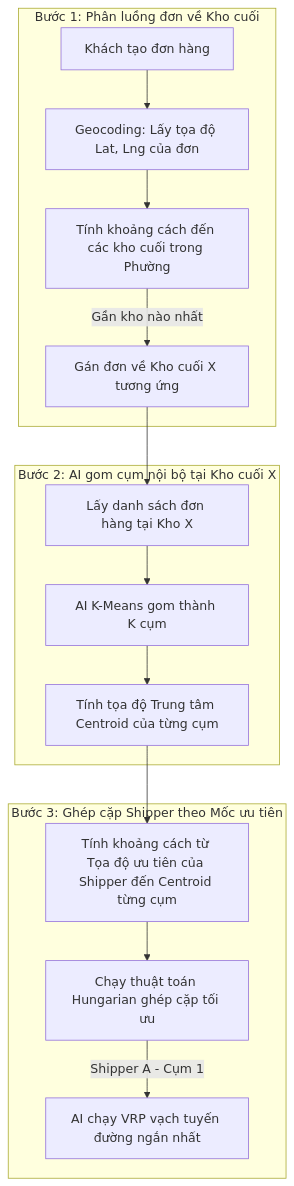
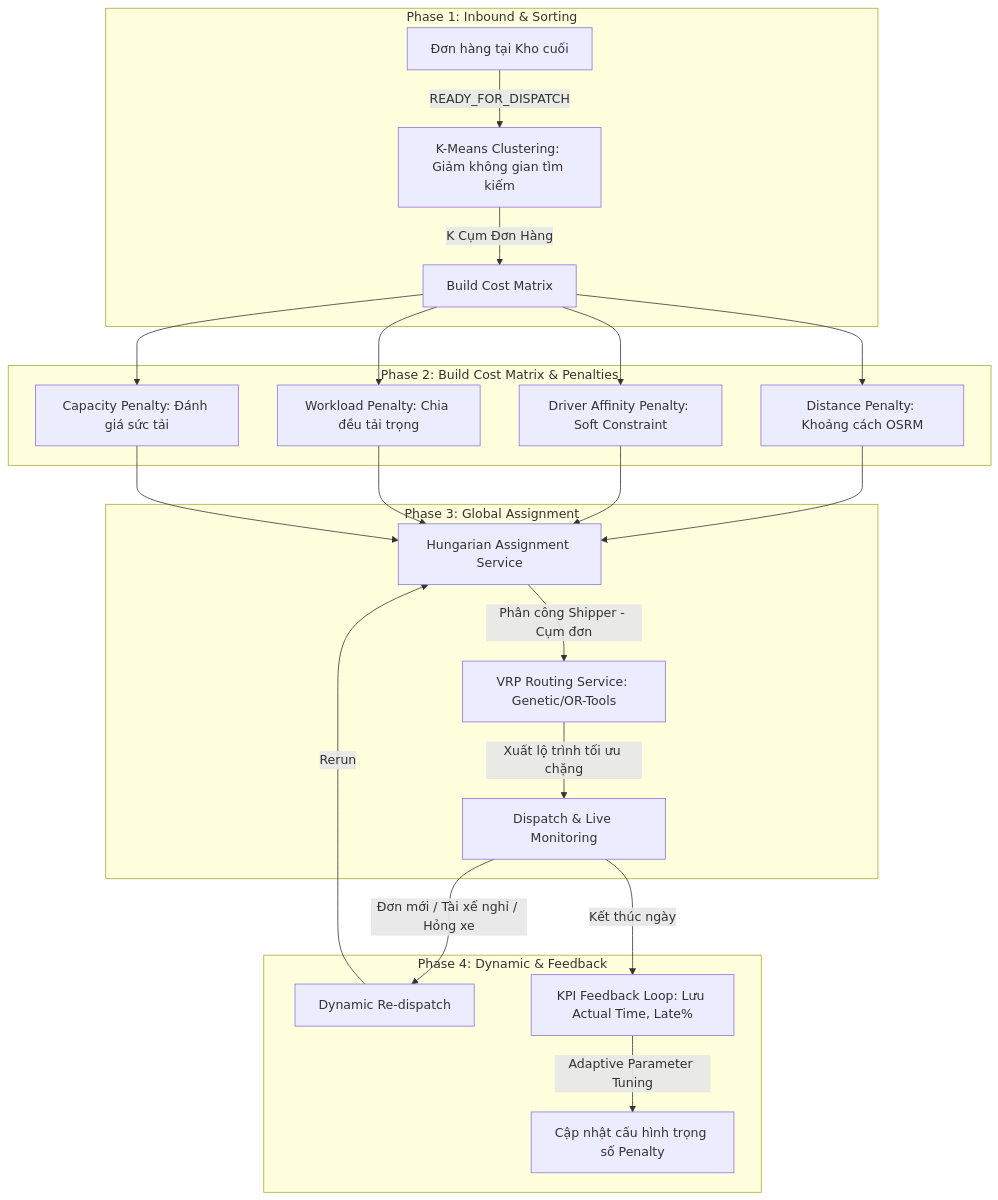
The diagram in Design DB/driver_affinity_assignment_proposal.md (hungpptit/smart-logistics-platform), drawn with Mermaid before and after one commit. The commit also changed other lines of this file and 18 other files, not shown here.

Commit message:
tối ưu trạng thái và gom cụm tài xế

````diff
--- a/Design DB/driver_affinity_assignment_proposal.md
+++ b/Design DB/driver_affinity_assignment_proposal.md
@@ -20,20 +21,27 @@
 ```mermaid
 flowchart TD
-    subgraph Bước 1: Phân luồng đơn về Kho cuối
-        A[Khách tạo đơn hàng] --> B[Geocoding: Lấy tọa độ Lat, Lng của đơn]
-        B --> C[Tính khoảng cách đến các kho cuối trong Phường]
-        C -->|Gần kho nào nhất| D[Gán đơn về Kho cuối X tương ứng]
+    subgraph Phase 1: Inbound & Sorting
+        A[Đơn hàng tại Kho cuối] -->|READY_FOR_DISPATCH| B[K-Means Clustering: Giảm không gian tìm kiếm]
+        B -->|K Cụm Đơn Hàng| C[Build Cost Matrix]
     end
 
-    subgraph Bước 2: AI gom cụm nội bộ tại Kho cuối X
-        D --> E[Lấy danh sách đơn hàng tại Kho X]
-        E --> F[AI K-Means gom thành K cụm]
-        F --> G[Tính tọa độ Trung tâm Centroid của từng cụm]
+    subgraph Phase 2: Build Cost Matrix & Penalties
+        C --> D1[Distance Penalty: Khoảng cách OSRM]
+        C --> D2[Driver Affinity Penalty: Soft Constraint]
+        C --> D3[Workload Penalty: Chia đều tải trọng]
+        C --> D4[Capacity Penalty: Đánh giá sức tải]
     end
 
-    subgraph Bước 3: Ghép cặp Shipper theo Mốc ưu tiên
-        G --> H[Tính khoảng cách từ Tọa độ ưu tiên của Shipper đến Centroid từng cụm]
-        H --> I[Chạy thuật toán Hungarian ghép cặp tối ưu]
-        I -->|Shipper A - Cụm 1| J[AI chạy VRP vạch tuyến đường ngắn nhất]
+    subgraph Phase 3: Global Assignment
+        D1 & D2 & D3 & D4 --> E[Hungarian Assignment Service]
+        E -->|Phân công Shipper - Cụm đơn| F[VRP Routing Service: Genetic/OR-Tools]
+        F -->|Xuất lộ trình tối ưu chặng| G[Dispatch & Live Monitoring]
+    end
+
+    subgraph Phase 4: Dynamic & Feedback
+        G -->|Đơn mới / Tài xế nghỉ / Hỏng xe| H[Dynamic Re-dispatch]
+        H -->|Rerun| E
+        G -->|Kết thúc ngày| I[KPI Feedback Loop: Lưu Actual Time, Late%]
+        I -->|Adaptive Parameter Tuning| J[Cập nhật cấu hình trọng số Penalty]
     end
 ```
````
